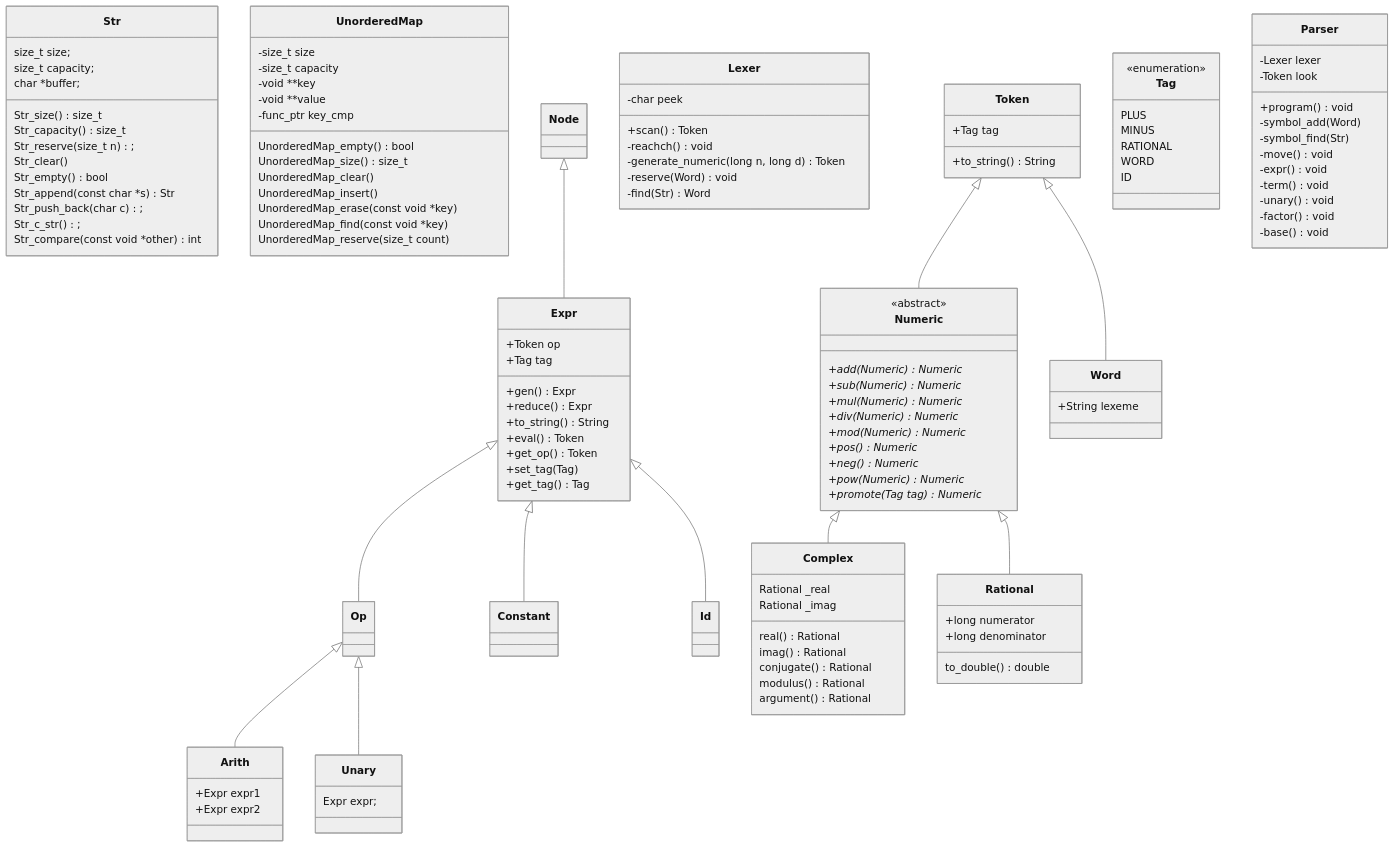
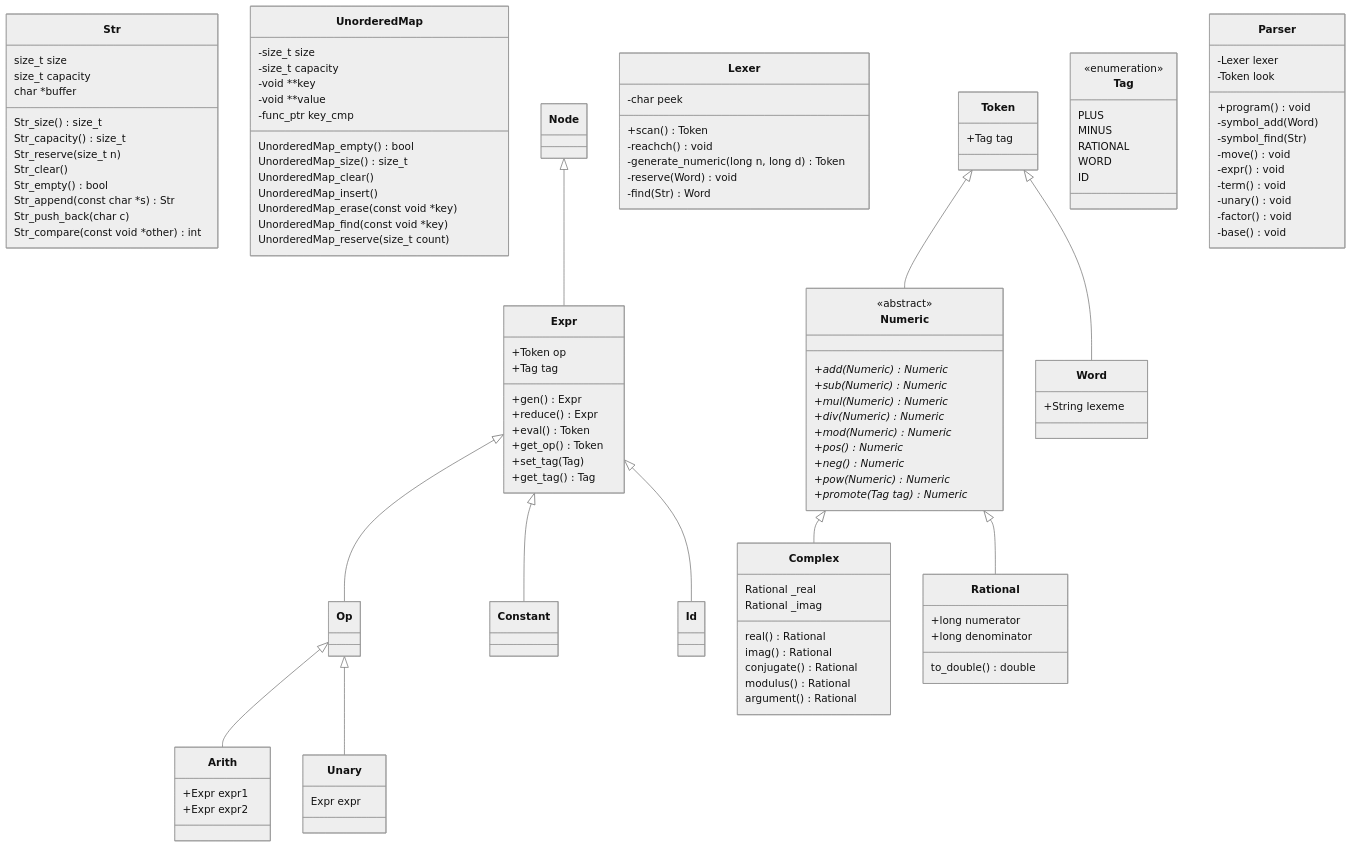
One commit to nwhean/42_computorv changed the diagram in diagram.md. Above: the diagram before and after it, drawn with Mermaid (neutral theme). The commit also changed 25 other files, not shown here.

```diff
--- a/diagram.md
+++ b/diagram.md
@@ -3,17 +3,16 @@
 	%% container
 
 	class Str {
-		size_t	size;
-		size_t	capacity;
-		char	*buffer;
+		size_t	size
+		size_t	capacity
+		char	*buffer
 		Str_size() size_t
 		Str_capacity() size_t
-		Str_reserve(size_t n);
+		Str_reserve(size_t n)
 		Str_clear()
 		Str_empty() bool
 		Str_append(const char *s) Str
-		Str_push_back(char c);
-		Str_c_str();
+		Str_push_back(char c)
 		Str_compare(const void *other) int
 	}
 
@@ -50,7 +49,6 @@
 		+Tag tag
 		+gen() Expr
 		+reduce() Expr
-		+to_string() String
 		+eval() Token
 		+get_op() Token
 		+set_tag(Tag)
@@ -63,7 +61,7 @@
 	Op <|-- Unary
 
 	class Unary {
-		Expr expr;
+		Expr expr
 	}
 
 
@@ -125,7 +123,6 @@
 
 	class Token {
 		+Tag tag
-		+to_string() String
 	}
 
 	Token <|-- Word
```
